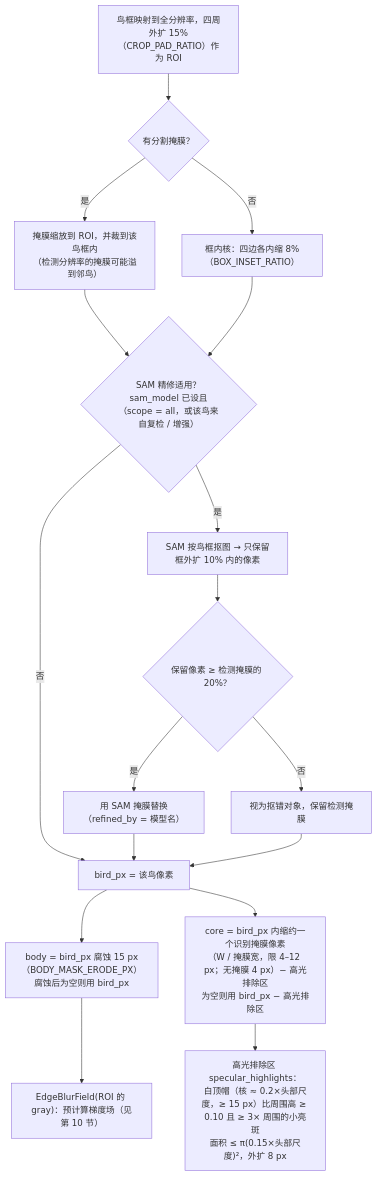
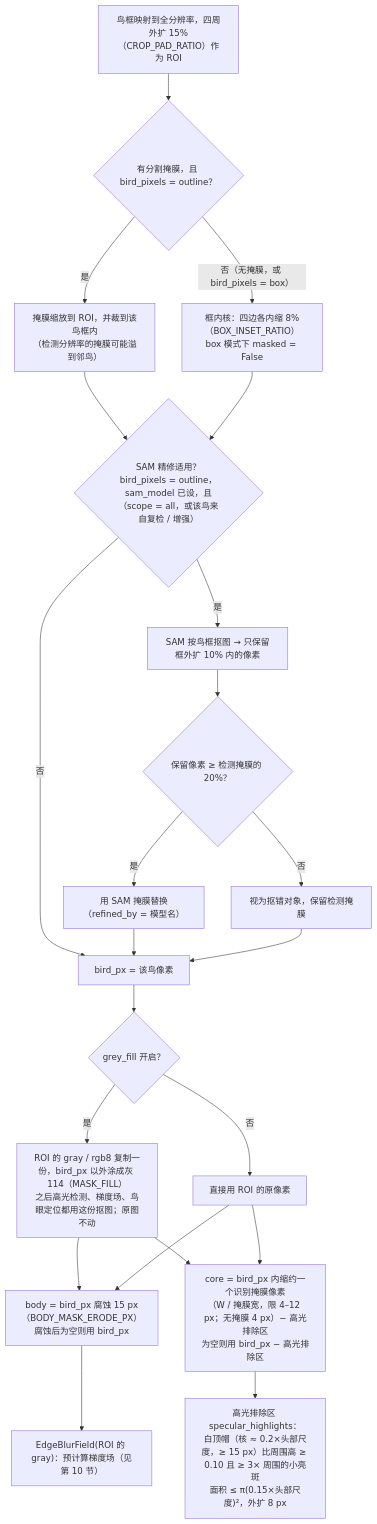
Before and after one commit to OscarKing888/SuperBirdTools: the seventh of 17 diagrams in docs/bird_sharpness_flowchart.md, drawn with Mermaid. The commit also changed other lines of this file and 10 other files, not shown here.

First line of the commit message:
Add measured-pixels, grey-fill and minimum-bird-size options to bird sharpness

````diff
--- a/docs/bird_sharpness_flowchart.md
+++ b/docs/bird_sharpness_flowchart.md
@@ -202,19 +204,26 @@
 ```mermaid
 flowchart TD
-    A["鸟框映射到全分辨率，四周外扩 15%（CROP_PAD_RATIO）作为 ROI"] --> B{"有分割掩膜？"}
+    A["鸟框映射到全分辨率，四周外扩 15%（CROP_PAD_RATIO）作为 ROI"] --> B{"有分割掩膜，且 bird_pixels = outline？"}
     B -->|是| C["掩膜缩放到 ROI，并裁到该鸟框内<br/>（检测分辨率的掩膜可能溢到邻鸟）"]
-    B -->|否| D["框内核：四边各内缩 8%（BOX_INSET_RATIO）"]
-    C --> E{"SAM 精修适用？<br/>sam_model 已设且（scope = all，或该鸟来自复检 / 增强）"}
+    B -->|否（无掩膜，或 bird_pixels = box）| D["框内核：四边各内缩 8%（BOX_INSET_RATIO）<br/>box 模式下 masked = False"]
+    C --> E{"SAM 精修适用？<br/>bird_pixels = outline，sam_model 已设，且（scope = all，或该鸟来自复检 / 增强）"}
     D --> E
     E -->|是| F["SAM 按鸟框抠图 → 只保留框外扩 10% 内的像素"]
     F --> G{"保留像素 ≥ 检测掩膜的 20%？"}
     G -->|是| H["用 SAM 掩膜替换（refined_by = 模型名）"]
     G -->|否| I["视为抠错对象，保留检测掩膜"]
     E -->|否| J
     H --> J["bird_px = 该鸟像素"]
     I --> J
-    J --> K["body = bird_px 腐蚀 15 px（BODY_MASK_ERODE_PX）<br/>腐蚀后为空则用 bird_px"]
-    J --> K2["core = bird_px 内缩约一个识别掩膜像素<br/>（W / 掩膜宽，限 4–12 px；无掩膜 4 px）− 高光排除区<br/>为空则用 bird_px − 高光排除区"]
+    J --> GF{"grey_fill 开启？"}
+    GF -->|是| GF1["ROI 的 gray / rgb8 复制一份，bird_px 以外涂成灰 114（MASK_FILL）<br/>之后高光检测、梯度场、鸟眼定位都用这份抠图；原图不动"]
+    GF -->|否| GF2["直接用 ROI 的原像素"]
+    GF1 --> K
+    GF2 --> K
+    GF1 --> K2
+    GF2 --> K2
+    K["body = bird_px 腐蚀 15 px（BODY_MASK_ERODE_PX）<br/>腐蚀后为空则用 bird_px"]
+    K2["core = bird_px 内缩约一个识别掩膜像素<br/>（W / 掩膜宽，限 4–12 px；无掩膜 4 px）− 高光排除区<br/>为空则用 bird_px − 高光排除区"]
     K2 --> K3["高光排除区 specular_highlights：<br/>白顶帽（核 ≈ 0.2×头部尺度，≥ 15 px）比周围高 ≥ 0.10 且 ≥ 3× 周围的小亮斑<br/>面积 ≤ π(0.15×头部尺度)²，外扩 8 px"]
     K --> L["EdgeBlurField(ROI 的 gray)：预计算梯度场（见第 10 节）"]
 ```
````
